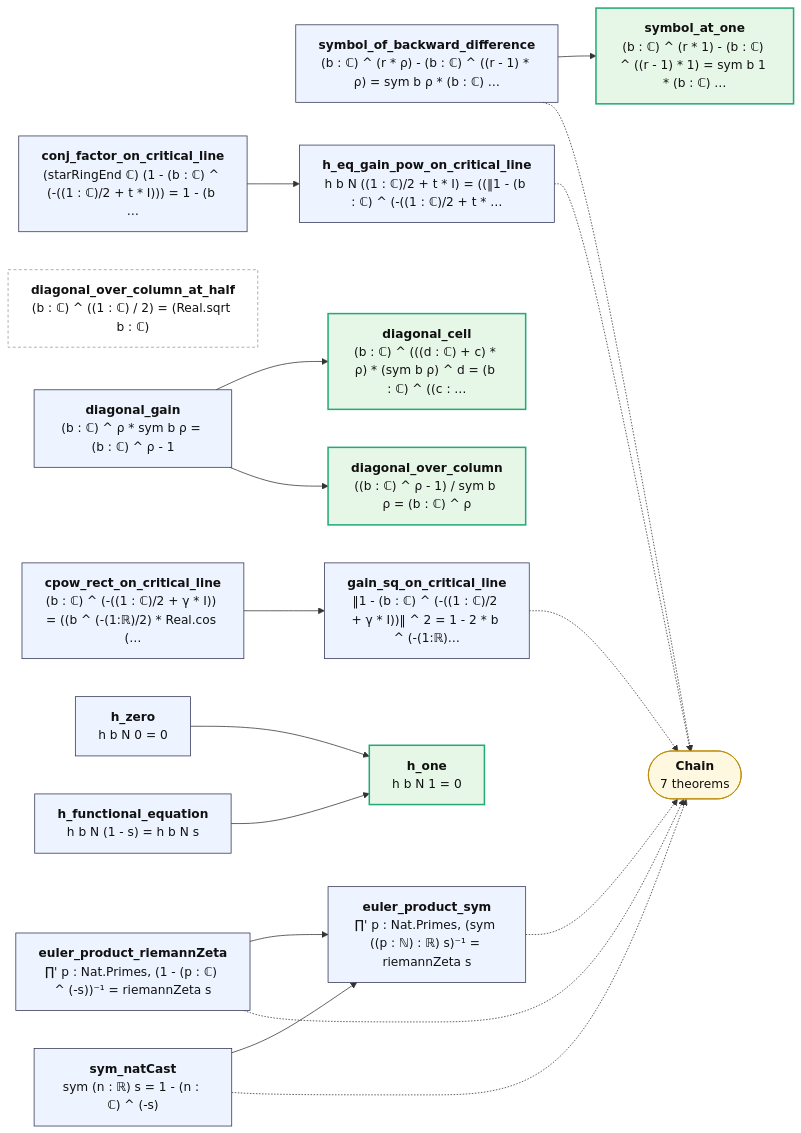
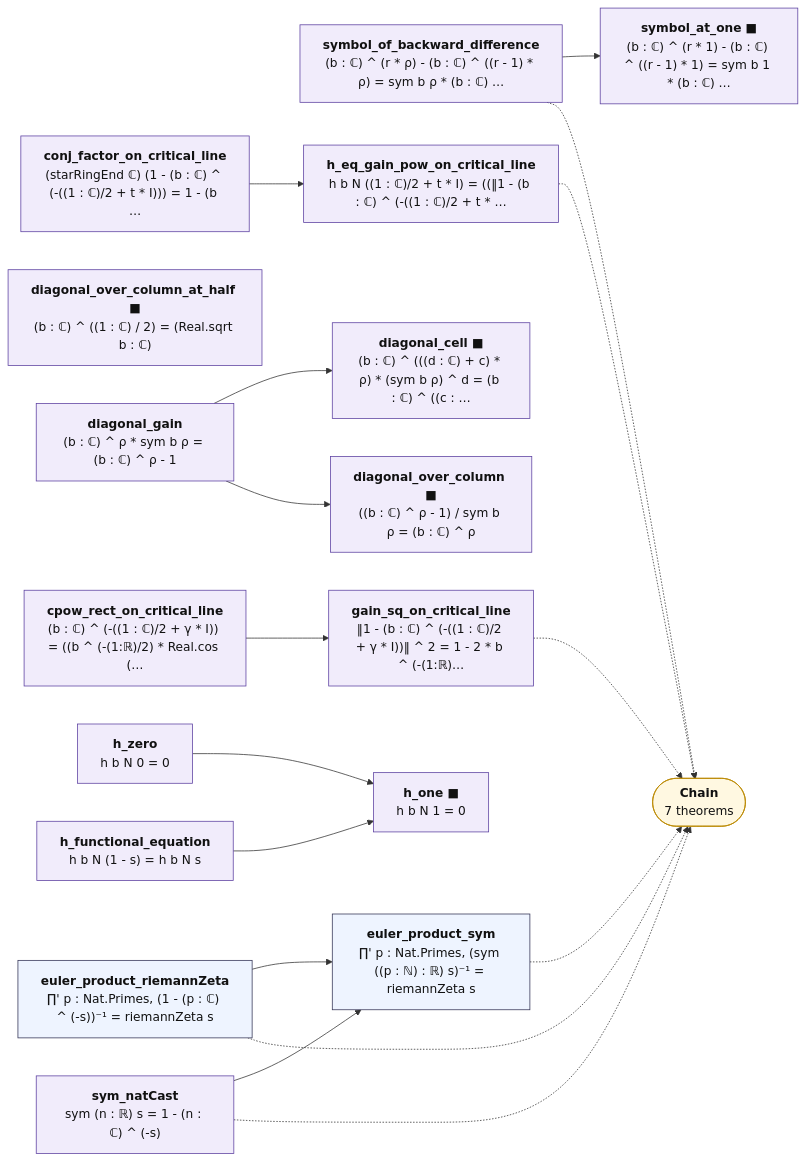
One commit to juliansambranojr/Primebeat_081426 changed the diagram in map/lean/EulerFactorChain.md. Above: the diagram before and after it, drawn with Mermaid. The commit also changed other lines of this file and 398 other files, not shown here.

````diff
--- a/map/lean/EulerFactorChain.md
+++ b/map/lean/EulerFactorChain.md
@@ -12,40 +12,43 @@
 ```mermaid
 flowchart LR
-  n0["<b>symbol_of_backward_difference</b><br/>(b : ℂ) ^ (r * ρ) - (b : ℂ) ^ ((r - 1) * ρ) = sym b ρ * (b : ℂ) …"]:::thm
-  n1["<b>diagonal_gain</b><br/>(b : ℂ) ^ ρ * sym b ρ = (b : ℂ) ^ ρ - 1"]:::thm
-  n2["<b>diagonal_cell</b><br/>(b : ℂ) ^ (((d : ℂ) + c) * ρ) * (sym b ρ) ^ d = (b : ℂ) ^ ((c : …"]:::end_
-  n3["<b>diagonal_over_column</b><br/>((b : ℂ) ^ ρ - 1) / sym b ρ = (b : ℂ) ^ ρ"]:::end_
-  n4["<b>diagonal_over_column_at_half</b><br/>(b : ℂ) ^ ((1 : ℂ) / 2) = (Real.sqrt b : ℂ)"]:::lone
-  n5["<b>symbol_at_one</b><br/>(b : ℂ) ^ (r * 1) - (b : ℂ) ^ ((r - 1) * 1) = sym b 1 * (b : ℂ) …"]:::end_
+  n0["<b>symbol_of_backward_difference</b><br/>(b : ℂ) ^ (r * ρ) - (b : ℂ) ^ ((r - 1) * ρ) = sym b ρ * (b : ℂ) …"]:::shp
+  n1["<b>diagonal_gain</b><br/>(b : ℂ) ^ ρ * sym b ρ = (b : ℂ) ^ ρ - 1"]:::shp
+  n2["<b>diagonal_cell ■</b><br/>(b : ℂ) ^ (((d : ℂ) + c) * ρ) * (sym b ρ) ^ d = (b : ℂ) ^ ((c : …"]:::shp
+  n3["<b>diagonal_over_column ■</b><br/>((b : ℂ) ^ ρ - 1) / sym b ρ = (b : ℂ) ^ ρ"]:::shp
+  n4["<b>diagonal_over_column_at_half ■</b><br/>(b : ℂ) ^ ((1 : ℂ) / 2) = (Real.sqrt b : ℂ)"]:::shp
+  n5["<b>symbol_at_one ■</b><br/>(b : ℂ) ^ (r * 1) - (b : ℂ) ^ ((r - 1) * 1) = sym b 1 * (b : ℂ) …"]:::shp
   n6["<b>euler_product_riemannZeta</b><br/>∏' p : Nat.Primes, (1 - (p : ℂ) ^ (-s))⁻¹ = riemannZeta s"]:::thm
-  n7["<b>sym_natCast</b><br/>sym (n : ℝ) s = 1 - (n : ℂ) ^ (-s)"]:::thm
+  n7["<b>sym_natCast</b><br/>sym (n : ℝ) s = 1 - (n : ℂ) ^ (-s)"]:::shp
   n8["<b>euler_product_sym</b><br/>∏' p : Nat.Primes, (sym ((p : ℕ) : ℝ) s)⁻¹ = riemannZeta s"]:::thm
-  n9["<b>h_functional_equation</b><br/>h b N (1 - s) = h b N s"]:::thm
-  n10["<b>h_zero</b><br/>h b N 0 = 0"]:::thm
-  n11["<b>h_one</b><br/>h b N 1 = 0"]:::end_
-  n12["<b>conj_factor_on_critical_line</b><br/>(starRingEnd ℂ) (1 - (b : ℂ) ^ (-((1 : ℂ)/2 + t * I))) = 1 - (b …"]:::thm
-  n13["<b>h_eq_gain_pow_on_critical_line</b><br/>h b N ((1 : ℂ)/2 + t * I) = ((‖1 - (b : ℂ) ^ (-((1 : ℂ)/2 + t * …"]:::thm
-  n14["<b>cpow_rect_on_critical_line</b><br/>(b : ℂ) ^ (-((1 : ℂ)/2 + γ * I)) = ((b ^ (-(1:ℝ)/2) * Real.cos (…"]:::thm
-  n15["<b>gain_sq_on_critical_line</b><br/>‖1 - (b : ℂ) ^ (-((1 : ℂ)/2 + γ * I))‖ ^ 2 = 1 - 2 * b ^ (-(1:ℝ)…"]:::thm
+  n9["<b>h_functional_equation</b><br/>h b N (1 - s) = h b N s"]:::shp
+  n10["<b>h_zero</b><br/>h b N 0 = 0"]:::shp
+  n11["<b>h_one ■</b><br/>h b N 1 = 0"]:::shp
+  n12["<b>conj_factor_on_critical_line</b><br/>(starRingEnd ℂ) (1 - (b : ℂ) ^ (-((1 : ℂ)/2 + t * I))) = 1 - (b …"]:::shp
+  n13["<b>h_eq_gain_pow_on_critical_line</b><br/>h b N ((1 : ℂ)/2 + t * I) = ((‖1 - (b : ℂ) ^ (-((1 : ℂ)/2 + t * …"]:::shp
+  n14["<b>cpow_rect_on_critical_line</b><br/>(b : ℂ) ^ (-((1 : ℂ)/2 + γ * I)) = ((b ^ (-(1:ℝ)/2) * Real.cos (…"]:::shp
+  n15["<b>gain_sq_on_critical_line</b><br/>‖1 - (b : ℂ) ^ (-((1 : ℂ)/2 + γ * I))‖ ^ 2 = 1 - 2 * b ^ (-(1:ℝ)…"]:::shp
   x0(["<b>Chain</b><br/>7 theorems"]):::ext
   n0 --> n5
   n1 --> n2
   n1 --> n3
   n10 --> n11
   n12 --> n13
   n14 --> n15
   n6 --> n8
   n7 --> n8
   n9 --> n11
   n0 -.-> x0
   n13 -.-> x0
   n15 -.-> x0
   n6 -.-> x0
   n7 -.-> x0
   n8 -.-> x0
+  classDef cnt fill:#dff5ec,stroke:#17694a,color:#111
+  classDef shp fill:#f1ecfb,stroke:#5b3fa0,color:#111
+  classDef rh fill:#ffe5e5,stroke:#c22,color:#111,stroke-width:2px
   classDef thm fill:#eef4ff,stroke:#335,color:#111
   classDef end_ fill:#e7f7e7,stroke:#2a7,color:#111,stroke-width:2px
   classDef lone fill:#fff,stroke:#999,color:#111,stroke-dasharray:4 3
   classDef bad fill:#ffe5e5,stroke:#c22,color:#111,stroke-width:2px
   classDef ext fill:#fff8e1,stroke:#b80,color:#111
 ```
````
